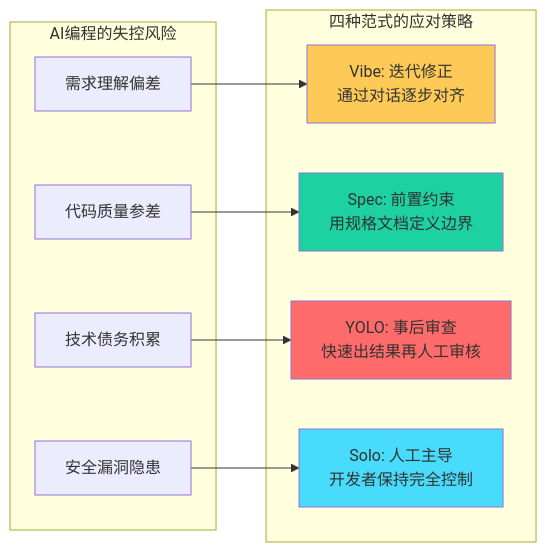
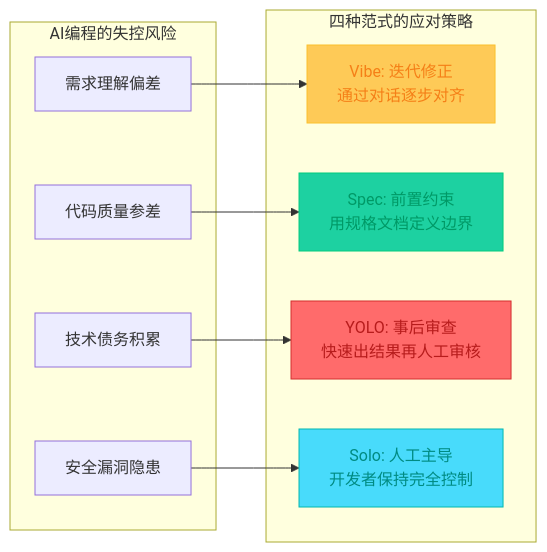
One commit to FreezeSoul/freezesoul.github.com changed the third of 10 diagrams in _posts/2025-08-01-ai-coding-paradigms.md. Above: the diagram before and after it, drawn with Mermaid. The commit also changed other lines of this file and 9 other files, not shown here.

Commit message:
修正mermaid配色与要求

````diff
--- a/_posts/2025-08-01-ai-coding-paradigms.md
+++ b/_posts/2025-08-01-ai-coding-paradigms.md
@@ -190,26 +190,26 @@
 ```mermaid
 graph LR
     subgraph AI编程的失控风险
         A1[需求理解偏差]
         A2[代码质量参差]
         A3[技术债务积累]
         A4[安全漏洞隐患]
     end
 
     subgraph 四种范式的应对策略
         B1[Vibe: 迭代修正<br/>通过对话逐步对齐]
         B2[Spec: 前置约束<br/>用规格文档定义边界]
         B3[YOLO: 事后审查<br/>快速出结果再人工审核]
         B4[Solo: 人工主导<br/>开发者保持完全控制]
     end
 
     A1 --> B1
     A2 --> B2
     A3 --> B3
     A4 --> B4
 
-    style B1 fill:#feca57
-    style B2 fill:#1dd1a1
-    style B3 fill:#ff6b6b
-    style B4 fill:#48dbfb
+    style B1 fill:#feca57,stroke:#fbc02d,color:#f57f17
+    style B2 fill:#1dd1a1,stroke:#00cc7f,color:#009966
+    style B3 fill:#ff6b6b,stroke:#d32f2f,color:#b71c1c
+    style B4 fill:#48dbfb,stroke:#00b8b0,color:#008b82
 ```
````
